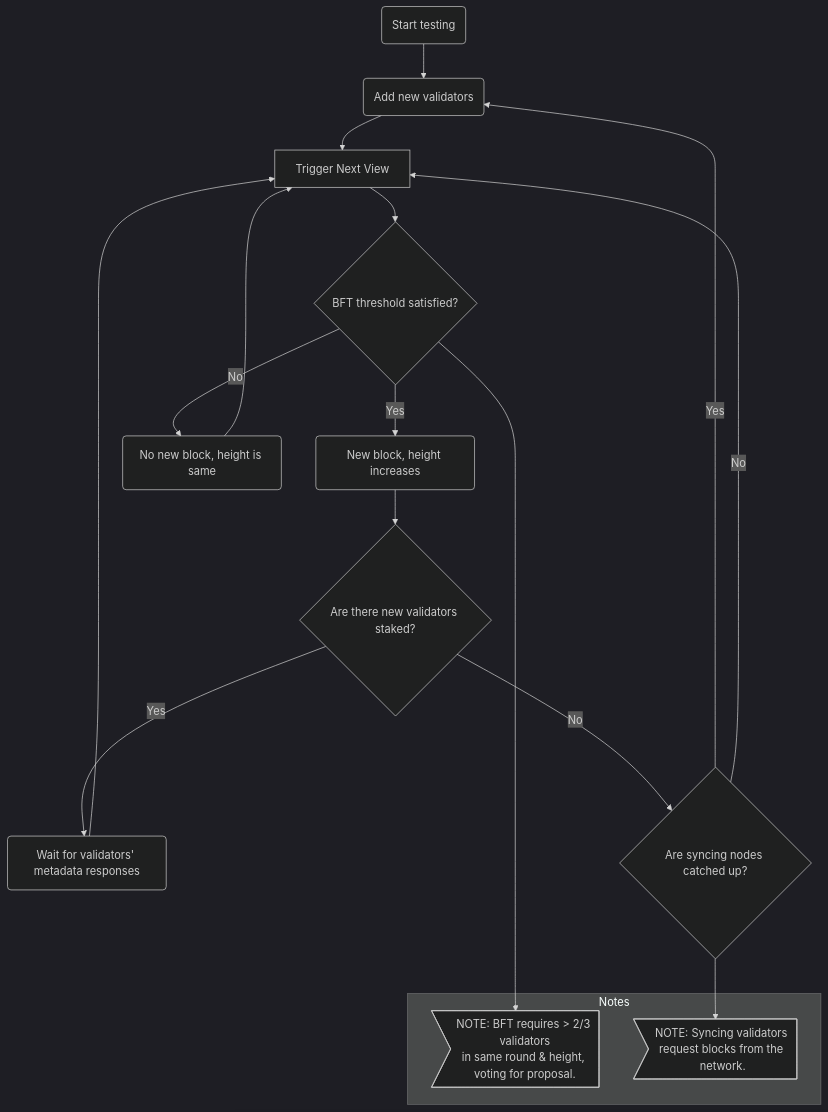
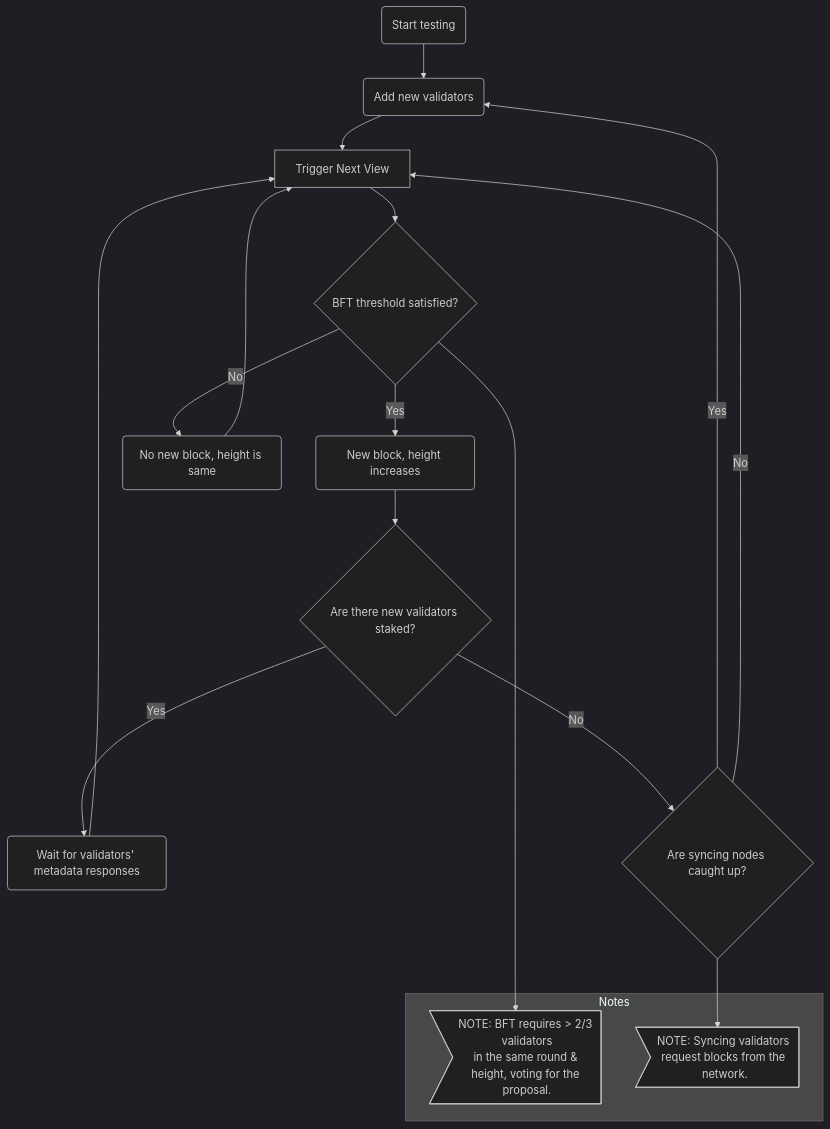
Before and after one commit to pokt-network/pocket: the fourth of 4 diagrams in consensus/README.md, drawn with Mermaid (dark theme). The commit also changed other lines of this file, not shown here.

````diff
--- a/consensus/README.md
+++ b/consensus/README.md
@@ -111,23 +115,23 @@
 ```mermaid
 graph TD
     A(Start testing) --> Z(Add new validators)
     Z --> B[Trigger Next View]
     B --> C{BFT threshold satisfied?}
     C -->|Yes| D(New block, height increases)
     C -->|No| E(No new block, height is same)
     E --> B
     D --> F{Are there new validators staked?}
     F -->|Yes| G(Wait for validators' metadata responses)
-    F -->|No| J{Are syncing nodes catched up?}
+    F -->|No| J{Are syncing nodes caught up?}
     J --> |Yes| Z
     J -->|No| B
     G --> B
 
     subgraph Notes
-       note1>NOTE: BFT requires > 2/3 validators<br>in same round & height, voting for proposal.]
+       note1>NOTE: BFT requires > 2/3 validators<br>in the same round & height, voting for the proposal.]
        note2>NOTE: Syncing validators request blocks from the network.]
     end
 
     C --> note1
     J --> note2
 ```
````
